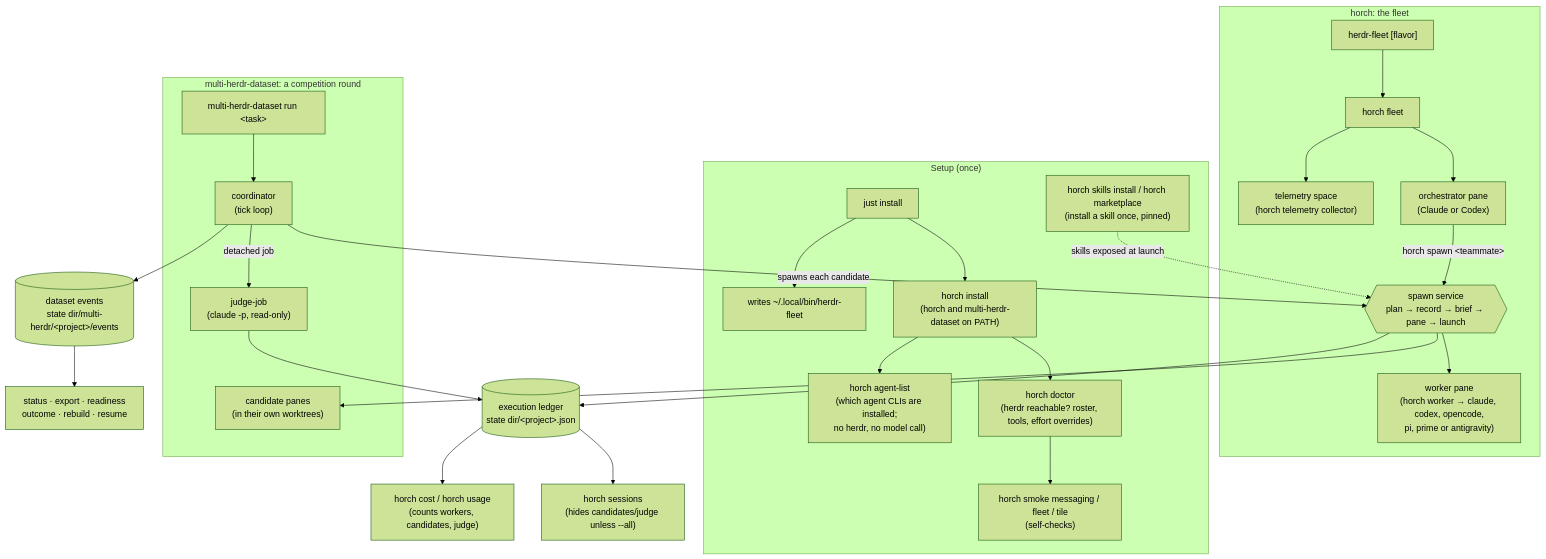
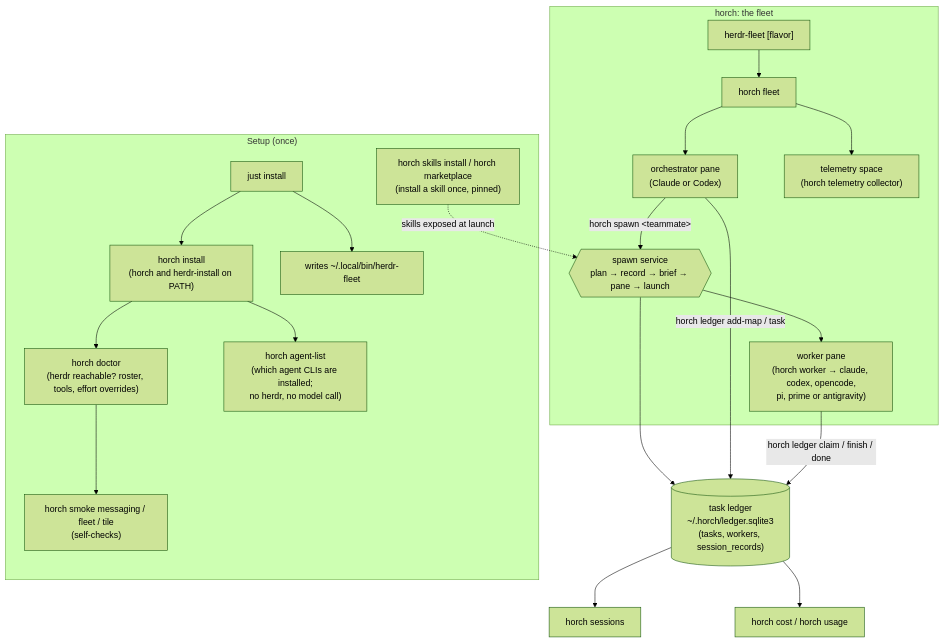
One commit to MattMakes/multi-herdr changed the first of 3 diagrams in docs/command-flow.md. Above: the diagram before and after it, drawn with Mermaid (forest theme). The commit also changed other lines of this file and 5 other files, not shown here.

Commit message:
T-30: docs and specs describe pull dispatch, the run gate, handoff and session_records

````diff
--- a/docs/command-flow.md
+++ b/docs/command-flow.md
@@ -14,36 +14,28 @@
 ```mermaid
 flowchart TB
     subgraph setup["Setup (once)"]
-        I["just install"] --> HI["horch install<br/>(horch and multi-herdr-dataset on PATH)"]
+        I["just install"] --> HI["horch install<br/>(horch and herdr-install on PATH)"]
         I --> HF["writes ~/.local/bin/herdr-fleet"]
         HI --> DOC["horch doctor<br/>(herdr reachable? roster, tools, effort overrides)"]
         DOC --> SM["horch smoke messaging / fleet / tile<br/>(self-checks)"]
         HI --> AL["horch agent-list<br/>(which agent CLIs are installed;<br/>no herdr, no model call)"]
         MK["horch skills install / horch marketplace<br/>(install a skill once, pinned)"]
     end
 
     subgraph fleet["horch: the fleet"]
         HF2["herdr-fleet [flavor]"] --> FL["horch fleet"]
         FL --> ORCH["orchestrator pane<br/>(Claude or Codex)"]
         FL --> TEL["telemetry space<br/>(horch telemetry collector)"]
         ORCH -->|"horch spawn &lt;teammate&gt;"| SVC
         SVC --> WK["worker pane<br/>(horch worker → claude, codex, opencode,<br/>pi, prime or antigravity)"]
     end
 
-    subgraph dataset["multi-herdr-dataset: a competition round"]
-        RUN["multi-herdr-dataset run &lt;task&gt;"] --> COORD["coordinator<br/>(tick loop)"]
-        COORD -->|"spawns each candidate"| SVC
-        SVC --> CAND["candidate panes<br/>(in their own worktrees)"]
-        COORD -->|"detached job"| JUDGE["judge-job<br/>(claude -p, read-only)"]
-    end
-
     SVC{{"spawn service<br/>plan → record → brief → pane → launch"}}
-    SVC --> LEDGER[("execution ledger<br/>state dir/&lt;project&gt;.json")]
-    JUDGE --> LEDGER
-    COORD --> EVENTS[("dataset events<br/>state dir/multi-herdr/&lt;project&gt;/events")]
+    SVC --> LEDGER[("task ledger<br/>~/.horch/ledger.sqlite3<br/>(tasks, workers, session_records)")]
+    ORCH -->|"horch ledger add-map / task"| LEDGER
+    WK -->|"horch ledger claim / finish / done"| LEDGER
     MK -.->|"skills exposed at launch"| SVC
 
-    LEDGER --> SESS["horch sessions<br/>(hides candidates/judge unless --all)"]
-    LEDGER --> COST["horch cost / horch usage<br/>(counts workers, candidates, judge)"]
-    EVENTS --> DATA["status · export · readiness<br/>outcome · rebuild · resume"]
+    LEDGER --> SESS["horch sessions"]
+    LEDGER --> COST["horch cost / horch usage"]
 ```
````
